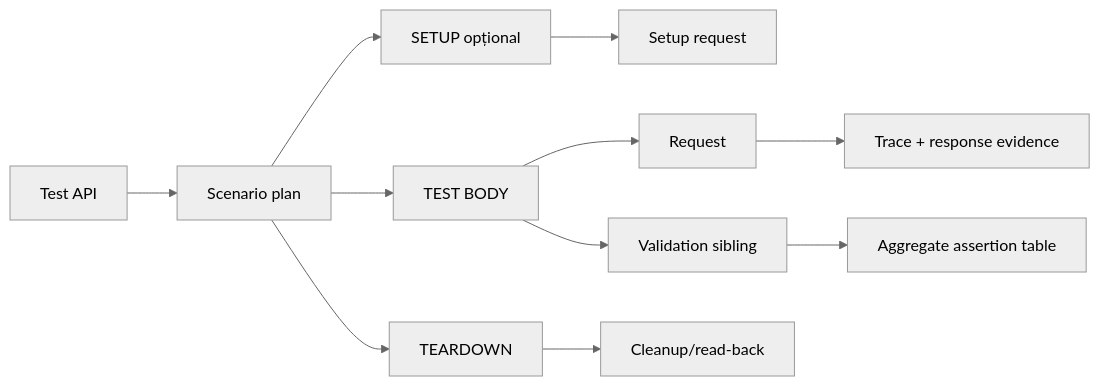
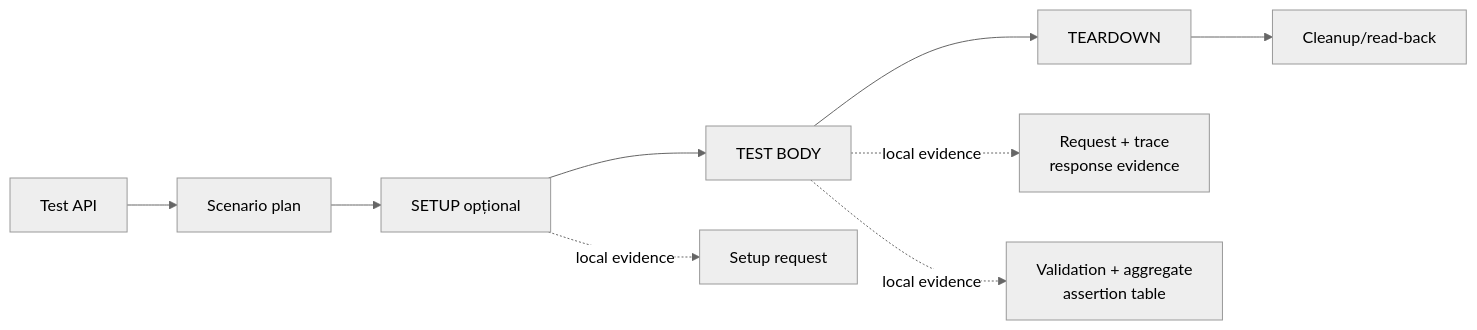
One commit to crististefanita/demo2 changed the diagram in docs/ATF_Api_Test_Guide.md. Above: the diagram before and after it, drawn with Mermaid (neutral theme). The commit also changed other lines of this file and 107 other files, not shown here.

````diff
--- a/docs/ATF_Api_Test_Guide.md
+++ b/docs/ATF_Api_Test_Guide.md
@@ -37,13 +37,11 @@
 ```mermaid
 flowchart LR
     Test[Test API] --> Plan[Scenario plan]
     Plan --> Setup[SETUP opțional]
-    Setup --> SetupRequest[Setup request]
-    Plan --> Body[TEST BODY]
-    Body --> BodyRequest[Request]
-    BodyRequest --> Trace[Trace + response evidence]
-    Body --> BodyValidation[Validation sibling]
-    BodyValidation --> Assertions[Aggregate assertion table]
-    Plan --> Teardown[TEARDOWN]
+    Setup --> Body[TEST BODY]
+    Body --> Teardown[TEARDOWN]
     Teardown --> Cleanup[Cleanup/read-back]
+    Setup -. local evidence .-> SetupRequest[Setup request]
+    Body -. local evidence .-> BodyRequest[Request + trace<br/>response evidence]
+    Body -. local evidence .-> BodyValidation[Validation + aggregate<br/>assertion table]
 ```
````
